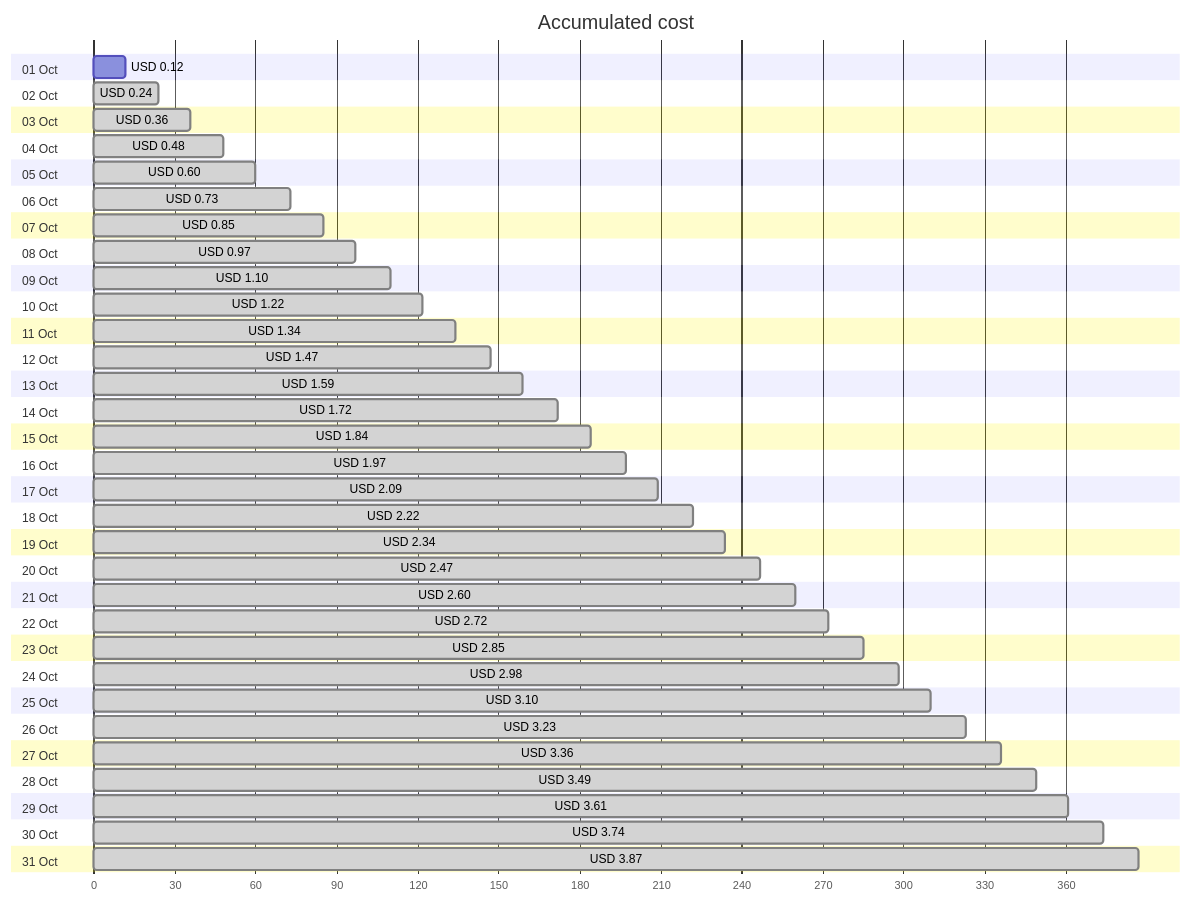
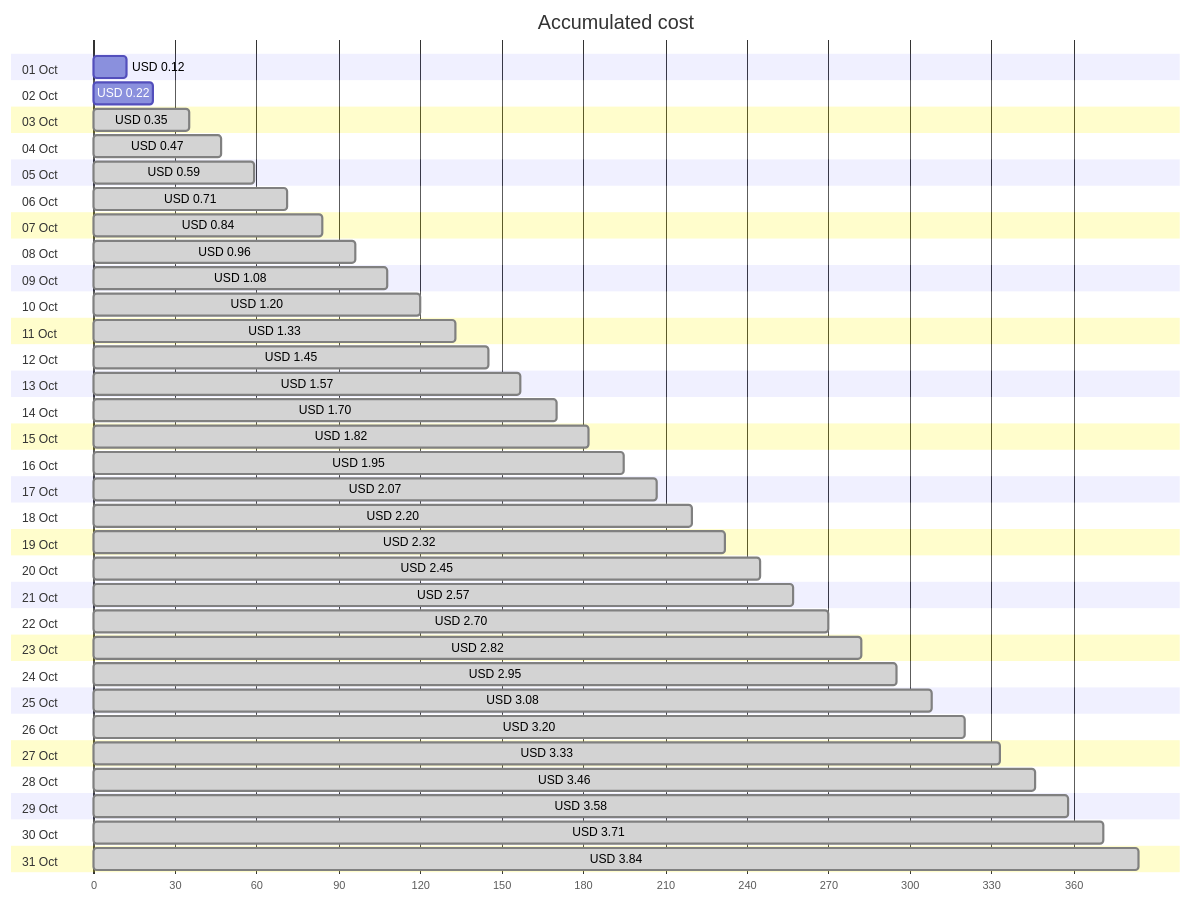
Before and after one commit to jpfulton/azure-personal-reports: the first of 4 diagrams in cost-reports/personal-network/backup-server-public-ip.md, drawn with Mermaid. The commit also changed other lines of this file and 8 other files, not shown here.

````diff
--- a/cost-reports/personal-network/backup-server-public-ip.md
+++ b/cost-reports/personal-network/backup-server-public-ip.md
@@ -20,68 +20,68 @@
 ```mermaid
 gantt
    title Accumulated cost
    dateFormat  X
    axisFormat %s
    section 01 Oct
    USD 0.12 :0, 12
    section 02 Oct
-   USD 0.24 : done, 0, 24
+   USD 0.22 :0, 22
    section 03 Oct
-   USD 0.36 : done, 0, 36
+   USD 0.35 : done, 0, 35
    section 04 Oct
-   USD 0.48 : done, 0, 48
+   USD 0.47 : done, 0, 47
    section 05 Oct
-   USD 0.60 : done, 0, 60
+   USD 0.59 : done, 0, 59
    section 06 Oct
-   USD 0.73 : done, 0, 73
+   USD 0.71 : done, 0, 71
    section 07 Oct
-   USD 0.85 : done, 0, 85
+   USD 0.84 : done, 0, 84
    section 08 Oct
-   USD 0.97 : done, 0, 97
+   USD 0.96 : done, 0, 96
    section 09 Oct
-   USD 1.10 : done, 0, 110
+   USD 1.08 : done, 0, 108
    section 10 Oct
-   USD 1.22 : done, 0, 122
+   USD 1.20 : done, 0, 120
    section 11 Oct
-   USD 1.34 : done, 0, 134
+   USD 1.33 : done, 0, 133
    section 12 Oct
-   USD 1.47 : done, 0, 147
+   USD 1.45 : done, 0, 145
    section 13 Oct
-   USD 1.59 : done, 0, 159
+   USD 1.57 : done, 0, 157
    section 14 Oct
-   USD 1.72 : done, 0, 172
+   USD 1.70 : done, 0, 170
    section 15 Oct
-   USD 1.84 : done, 0, 184
+   USD 1.82 : done, 0, 182
    section 16 Oct
-   USD 1.97 : done, 0, 197
+   USD 1.95 : done, 0, 195
    section 17 Oct
-   USD 2.09 : done, 0, 209
+   USD 2.07 : done, 0, 207
    section 18 Oct
-   USD 2.22 : done, 0, 222
+   USD 2.20 : done, 0, 220
    section 19 Oct
-   USD 2.34 : done, 0, 234
+   USD 2.32 : done, 0, 232
    section 20 Oct
-   USD 2.47 : done, 0, 247
+   USD 2.45 : done, 0, 245
    section 21 Oct
-   USD 2.60 : done, 0, 260
+   USD 2.57 : done, 0, 257
    section 22 Oct
-   USD 2.72 : done, 0, 272
+   USD 2.70 : done, 0, 270
    section 23 Oct
-   USD 2.85 : done, 0, 285
+   USD 2.82 : done, 0, 282
    section 24 Oct
-   USD 2.98 : done, 0, 298
+   USD 2.95 : done, 0, 295
    section 25 Oct
-   USD 3.10 : done, 0, 310
+   USD 3.08 : done, 0, 308
    section 26 Oct
-   USD 3.23 : done, 0, 323
+   USD 3.20 : done, 0, 320
    section 27 Oct
-   USD 3.36 : done, 0, 336
+   USD 3.33 : done, 0, 333
    section 28 Oct
-   USD 3.49 : done, 0, 349
+   USD 3.46 : done, 0, 346
    section 29 Oct
-   USD 3.61 : done, 0, 361
+   USD 3.58 : done, 0, 358
    section 30 Oct
-   USD 3.74 : done, 0, 374
+   USD 3.71 : done, 0, 371
    section 31 Oct
-   USD 3.87 : done, 0, 387
+   USD 3.84 : done, 0, 384
 ```
````
